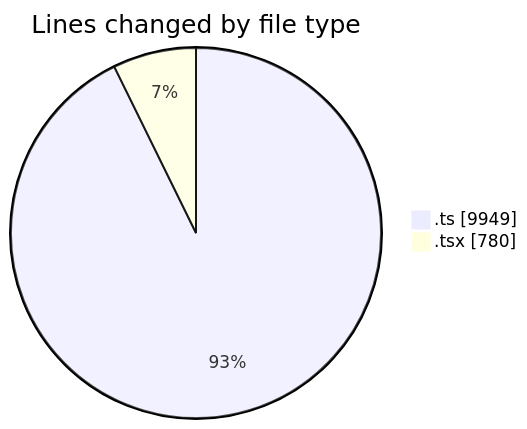
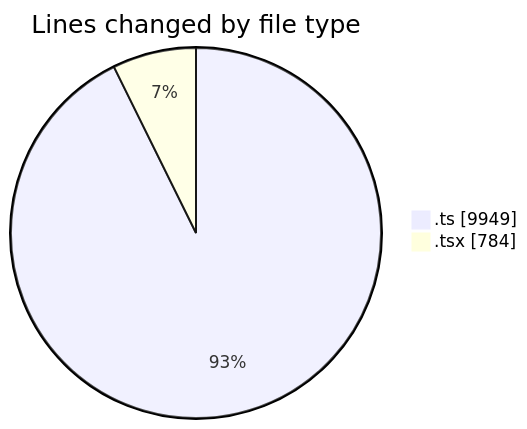
One commit to momahboobian/code-tracking changed the first of 2 diagrams in 2025-06-11/cda/README.md. Above: the diagram before and after it, drawn with Mermaid. The commit also changed other lines of this file and 1 other file, not shown here.

````diff
--- a/2025-06-11/cda/README.md
+++ b/2025-06-11/cda/README.md
@@ -26,6 +26,6 @@
 ```mermaid
 pie showData
 title Lines changed by file type
 ".ts" : 9949
-".tsx" : 780
+".tsx" : 784
 ```
````
